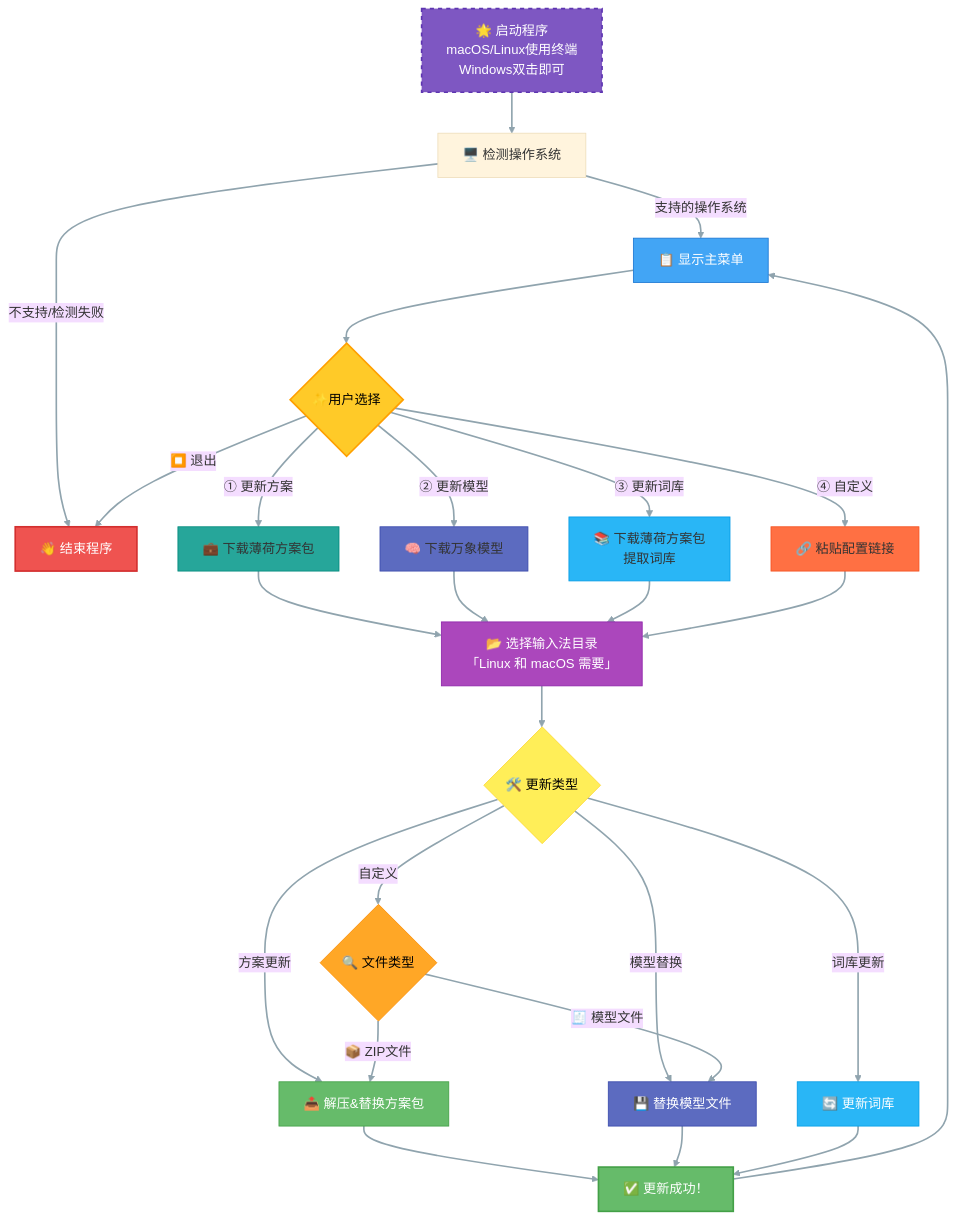
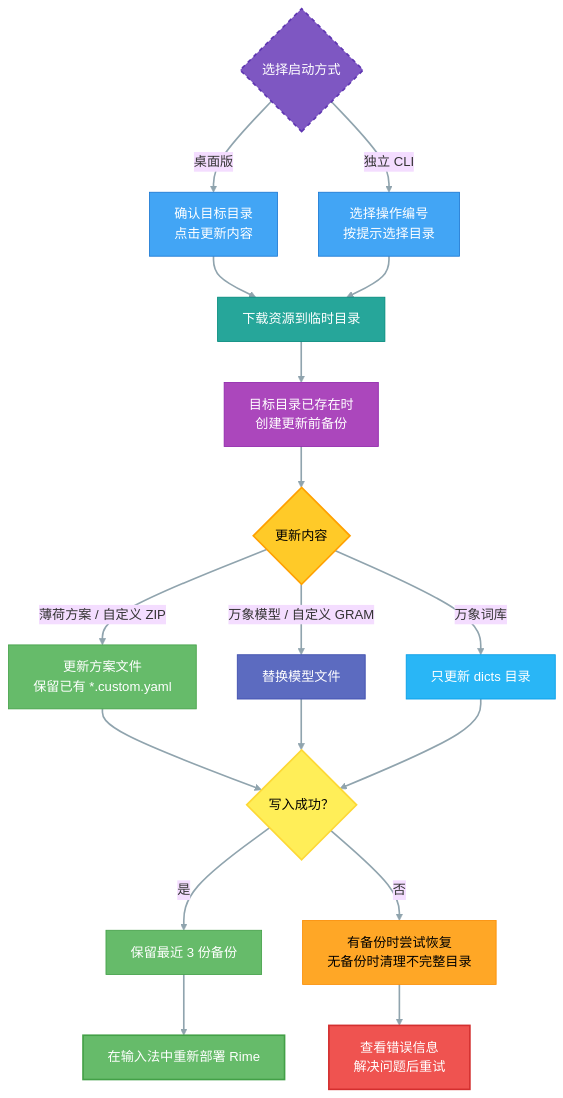
Before and after one commit to Mintimate/DocVitePressOMR: the diagram in zh/guide/importMint.md, drawn with Mermaid (base theme). The commit also changed other lines of this file and 3 other files, not shown here.

````diff
--- a/zh/guide/importMint.md
+++ b/zh/guide/importMint.md
@@ -161,50 +223,35 @@
 ```mermaid
 flowchart TD
-    A[🌟 启动程序 <br/> macOS/Linux使用终端<br/>Windows双击即可] --> B[🖥️ 检测操作系统]
-    B --支持的操作系统--> C[📋 显示主菜单]
-    B --不支持/检测失败--> I
-    
-    C --> D{"✨用户选择"}
-    D -->|① 更新方案| E[💼 下载薄荷方案包]
-    D -->|② 更新模型| F[🧠 下载万象模型]
-    D -->|③ 更新词库| G[📚 下载薄荷方案包<br/>提取词库]
-    D -->|④ 自定义| H[🔗 粘贴配置链接]
-    D -->|⏹️ 退出| I[👋 结束程序]
-    
-    E --> J[📂 选择输入法目录<br/>「Linux 和 macOS 需要」]
-    F --> J
-    G --> J
+    A{"选择启动方式"} -->|桌面版| B["确认目标目录<br/>点击更新内容"]
+    A -->|独立 CLI| C["选择操作编号<br/>按提示选择目录"]
+    B --> D["下载资源到临时目录"]
+    C --> D
+    D --> E["目标目录已存在时<br/>创建更新前备份"]
+    E --> F{"更新内容"}
+    F -->|薄荷方案 / 自定义 ZIP| G["更新方案文件<br/>保留已有 *.custom.yaml"]
+    F -->|万象模型 / 自定义 GRAM| H["替换模型文件"]
+    F -->|万象词库| I["只更新 dicts 目录"]
+    G --> J{"写入成功？"}
     H --> J
-    
-    J --> K{🛠️ 更新类型}
-    K -->|方案更新| L[📤 解压&替换方案包]
-    K -->|模型替换| M[💾 替换模型文件]
-    K -->|词库更新| N[🔄 更新词库]
-    K -->|自定义| O{🔍 文件类型}
-    
-    O -->|📦 ZIP文件| L
-    O -->|🧾 模型文件| M
-    
-    L --> P[✅ 更新成功！]
-    M --> P
-    N --> P
-    
-    P --> C
+    I --> J
+    J -->|是| K["保留最近 3 份备份"]
+    K --> L["在输入法中重新部署 Rime"]
+    J -->|否| M["有备份时尝试恢复<br/>无备份时清理不完整目录"]
+    M --> N["查看错误信息<br/>解决问题后重试"]
 
     style A fill:#7E57C2,stroke:#5E35B1,color:white,stroke-width:2px,stroke-dasharray:5
-    style I fill:#EF5350,stroke:#D32F2F,color:white,stroke-width:2px
+    style B fill:#42A5F5,stroke:#1976D2,color:white
     style C fill:#42A5F5,stroke:#1976D2,color:white
-    style D fill:#FFCA28,stroke:#FFA000,color:black,stroke-width:2px
-    style E fill:#26A69A,stroke:#00897B
-    style F fill:#5C6BC0,stroke:#3949AB
-    style G fill:#29B6F6,stroke:#039BE5
-    style H fill:#FF7043,stroke:#F4511E
-    style J fill:#AB47BC,stroke:#8E24AA,color:white
-    style K fill:#FFEE58,stroke:#FDD835,color:black
-    style L fill:#66BB6A,stroke:#43A047,color:white
-    style M fill:#5C6BC0,stroke:#3949AB,color:white
-    style N fill:#29B6F6,stroke:#039BE5,color:white
-    style O fill:#FFA726,stroke:#FB8C00,color:black
-    style P fill:#66BB6A,stroke:#43A047,color:white,stroke-width:2px
+    style D fill:#26A69A,stroke:#00897B,color:white
+    style E fill:#AB47BC,stroke:#8E24AA,color:white
+    style F fill:#FFCA28,stroke:#FFA000,color:black,stroke-width:2px
+    style G fill:#66BB6A,stroke:#43A047,color:white
+    style H fill:#5C6BC0,stroke:#3949AB,color:white
+    style I fill:#29B6F6,stroke:#039BE5,color:white
+    style J fill:#FFEE58,stroke:#FDD835,color:black,stroke-width:2px
+    style K fill:#66BB6A,stroke:#43A047,color:white
+    style L fill:#66BB6A,stroke:#43A047,color:white,stroke-width:2px
+    style M fill:#FFA726,stroke:#FB8C00,color:black
+    style N fill:#EF5350,stroke:#D32F2F,color:white,stroke-width:2px
     linkStyle default stroke:#90A4AE,stroke-width:2px
 ```
````
